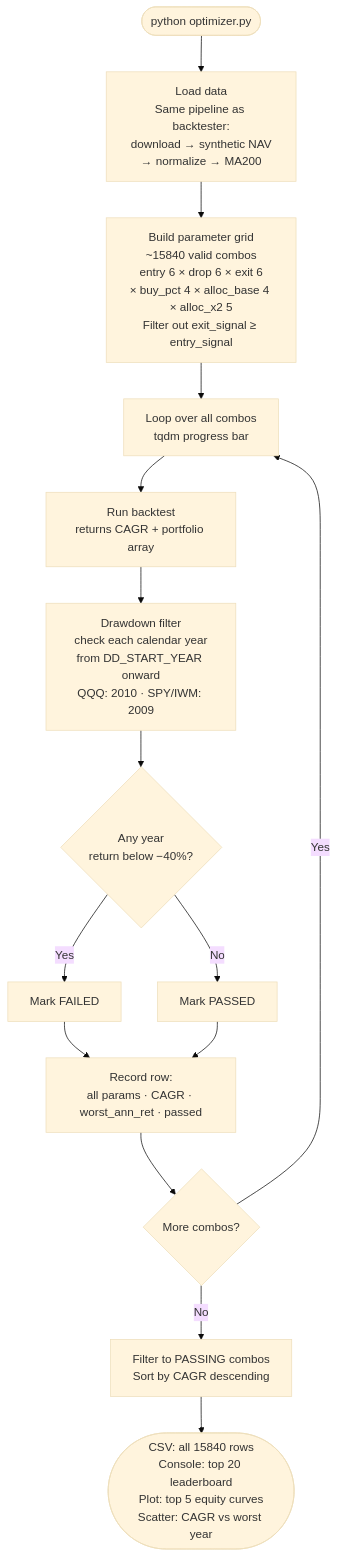
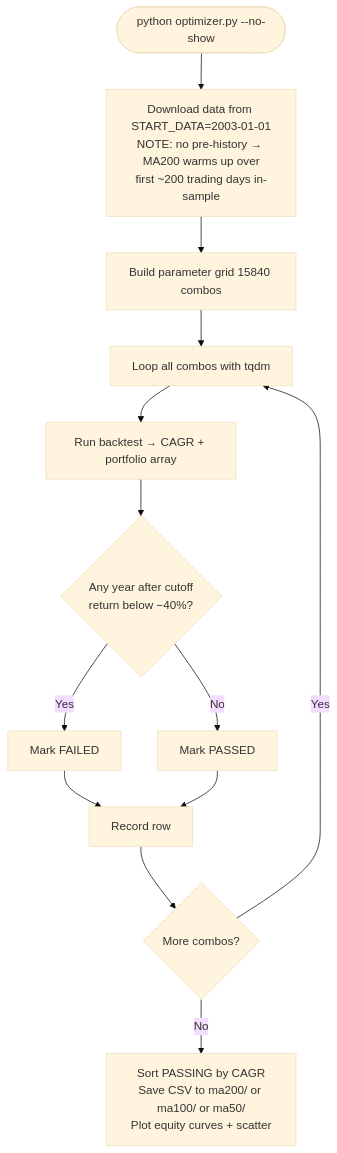
The second of 2 diagrams in README.md (HaomingJue/lev_etf_long_term_strategy), drawn with Mermaid (base theme) before and after one commit. The commit also changed other lines of this file and 113 other files, not shown here.

````diff
--- a/README.md
+++ b/README.md
@@ -311,16 +447,14 @@
 ```mermaid
 flowchart TD
-    A([python optimizer.py]) --> B[Load data\nSame pipeline as backtester:\ndownload → synthetic NAV\n→ normalize → MA200]
-    B --> C[Build parameter grid\n~15840 valid combos\nentry 6 × drop 6 × exit 6\n× buy_pct 4 × alloc_base 4 × alloc_x2 5\nFilter out exit_signal ≥ entry_signal]
-    C --> D[Loop over all combos\ntqdm progress bar]
-    D --> E[Run backtest\nreturns CAGR + portfolio array]
-    E --> F[Drawdown filter\ncheck each calendar year\nfrom DD_START_YEAR onward\nQQQ: 2010 · SPY/IWM: 2009]
-    F --> G{Any year\nreturn below −40%?}
-    G -- Yes --> H[Mark FAILED]
-    G -- No --> I[Mark PASSED]
-    H & I --> J[Record row:\nall params · CAGR · worst_ann_ret · passed]
-    J --> K{More combos?}
-    K -- Yes --> D
-    K -- No --> L[Filter to PASSING combos\nSort by CAGR descending]
-    L --> M([CSV: all 15840 rows\nConsole: top 20 leaderboard\nPlot: top 5 equity curves\nScatter: CAGR vs worst year])
+    A([python optimizer.py --no-show]) --> B[Download data from START_DATA=2003-01-01\nNOTE: no pre-history → MA200 warms up over\nfirst ~200 trading days in-sample]
+    B --> C[Build parameter grid 15840 combos]
+    C --> D[Loop all combos with tqdm]
+    D --> E[Run backtest → CAGR + portfolio array]
+    E --> F{Any year after cutoff\nreturn below −40%?}
+    F -- Yes --> G[Mark FAILED]
+    F -- No --> H[Mark PASSED]
+    G & H --> I[Record row]
+    I --> J{More combos?}
+    J -- Yes --> D
+    J -- No --> K[Sort PASSING by CAGR\nSave CSV to ma200/ or ma100/ or ma50/\nPlot equity curves + scatter]
 ```
````
